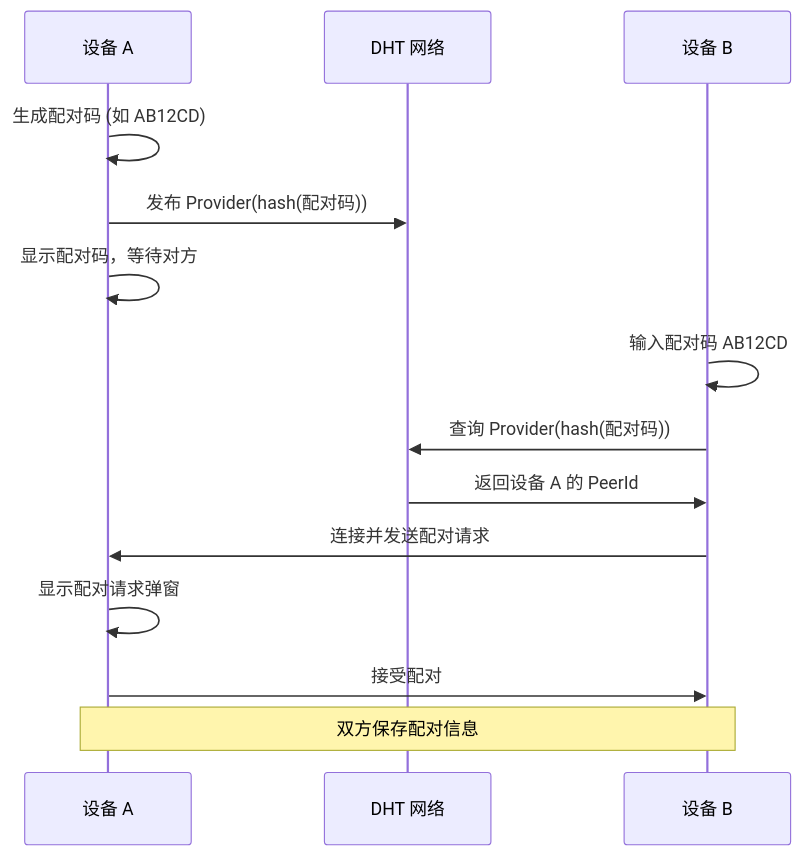
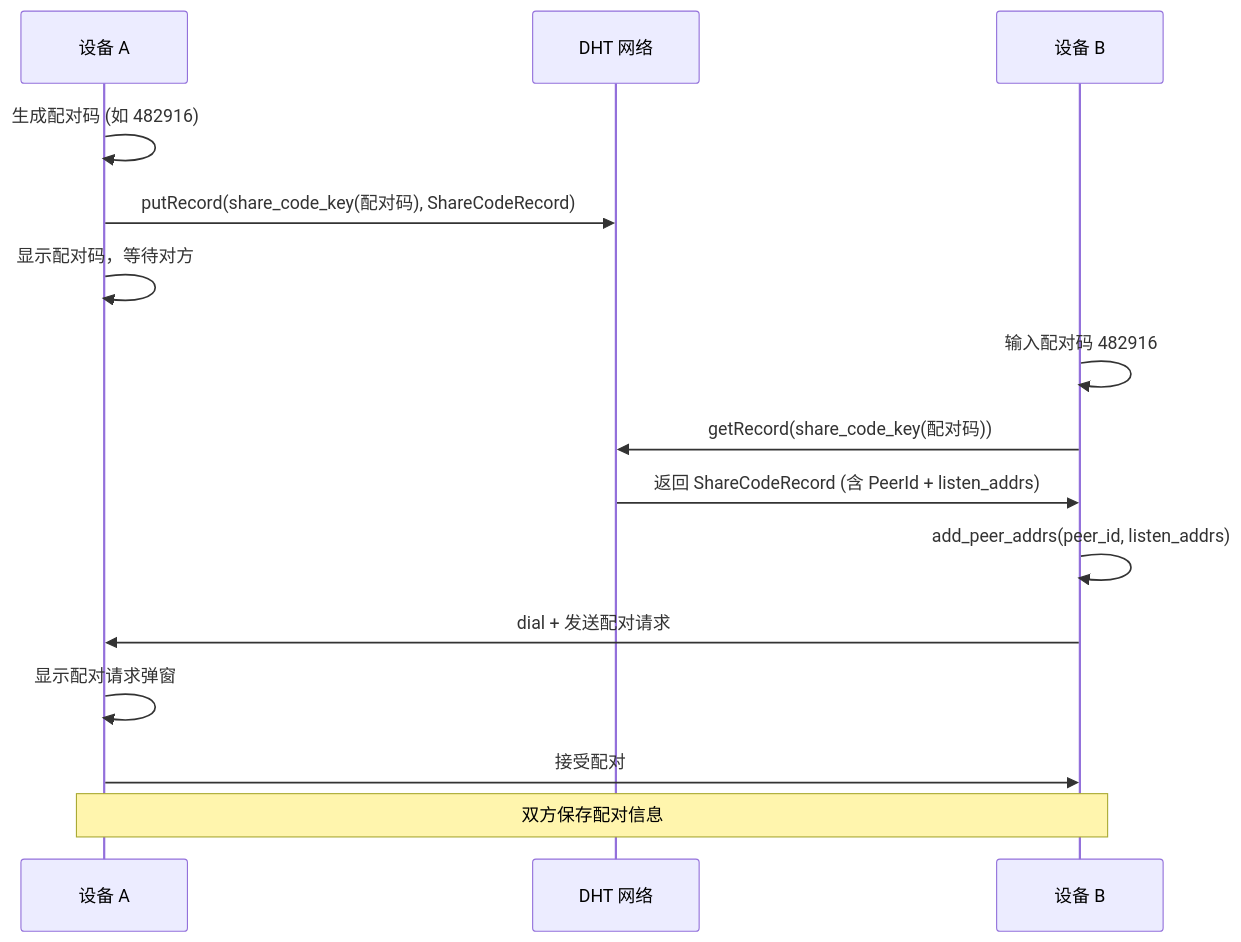
Before and after one commit to yexiyue/SwarmDrop: the third of 5 diagrams in dev-notes/design/pairing-transfer-design.md, drawn with Mermaid. The commit also changed other lines of this file and 3 other files, not shown here.

````diff
--- a/dev-notes/design/pairing-transfer-design.md
+++ b/dev-notes/design/pairing-transfer-design.md
@@ -105,19 +105,20 @@
 ```mermaid
 sequenceDiagram
     participant A as 设备 A
     participant DHT as DHT 网络
     participant B as 设备 B
 
-    A->>A: 生成配对码 (如 AB12CD)
-    A->>DHT: 发布 Provider(hash(配对码))
+    A->>A: 生成配对码 (如 482916)
+    A->>DHT: putRecord(share_code_key(配对码), ShareCodeRecord)
     A->>A: 显示配对码，等待对方
 
-    B->>B: 输入配对码 AB12CD
-    B->>DHT: 查询 Provider(hash(配对码))
-    DHT->>B: 返回设备 A 的 PeerId
-    B->>A: 连接并发送配对请求
+    B->>B: 输入配对码 482916
+    B->>DHT: getRecord(share_code_key(配对码))
+    DHT->>B: 返回 ShareCodeRecord (含 PeerId + listen_addrs)
+    B->>B: add_peer_addrs(peer_id, listen_addrs)
+    B->>A: dial + 发送配对请求
 
     A->>A: 显示配对请求弹窗
     A->>B: 接受配对
     Note over A,B: 双方保存配对信息
 ```
````
